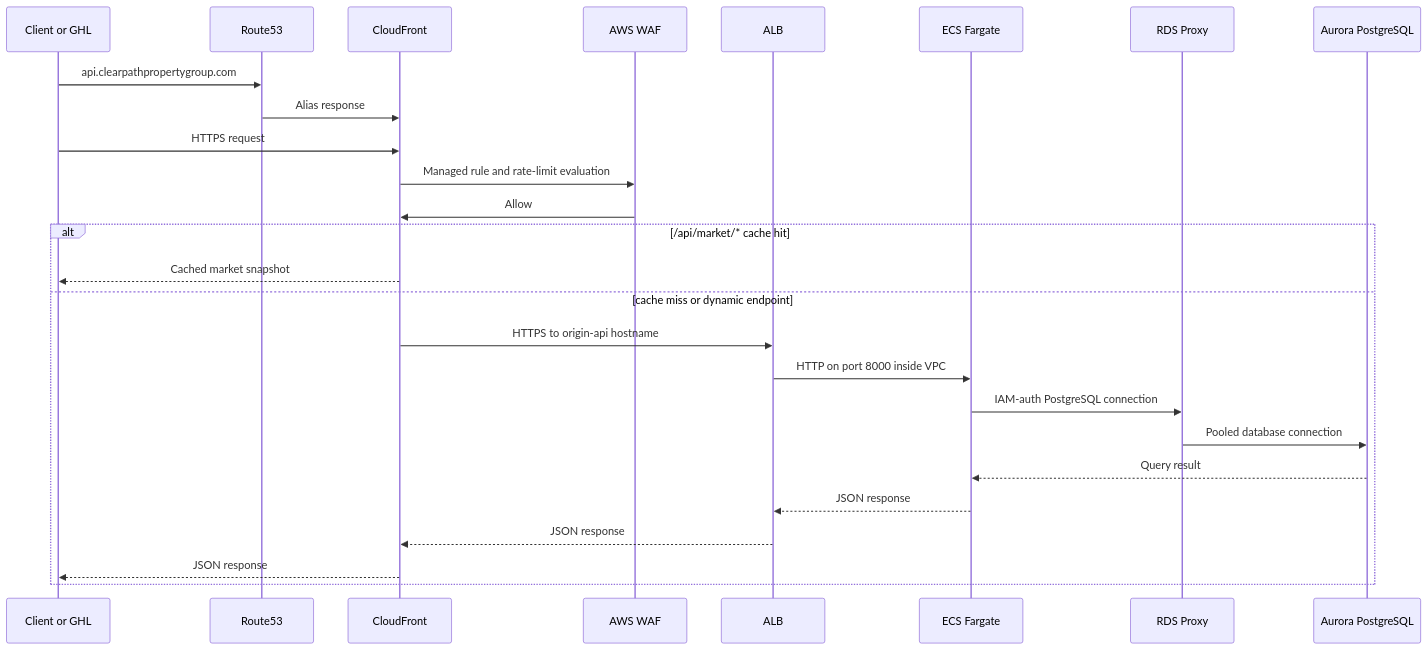
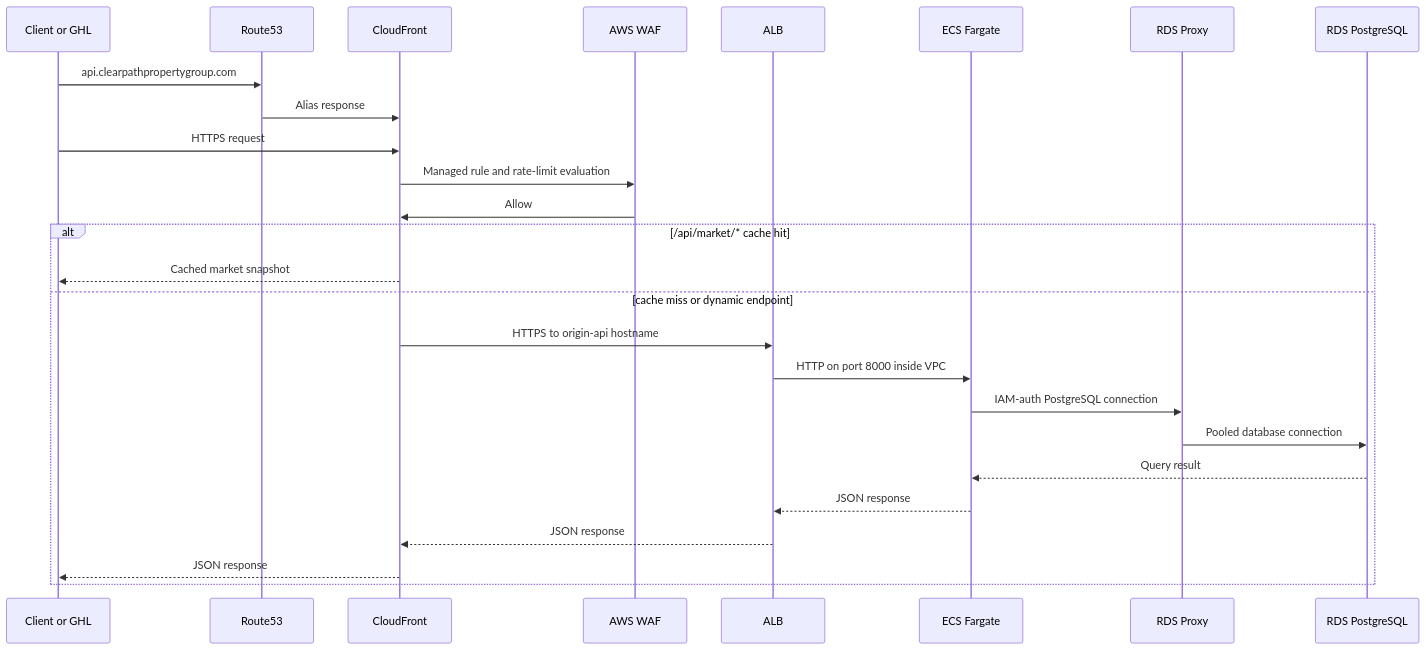
One commit to manynames3/clearpath-fargate-api changed the diagram in docs/architecture.md. Above: the diagram before and after it, drawn with Mermaid. The commit also changed other lines of this file and 20 other files, not shown here.

````diff
--- a/docs/architecture.md
+++ b/docs/architecture.md
@@ -5,29 +5,29 @@
 ```mermaid
 sequenceDiagram
     participant Client as Client or GHL
     participant R53 as Route53
     participant CF as CloudFront
     participant WAF as AWS WAF
     participant ALB as ALB
     participant ECS as ECS Fargate
     participant Proxy as RDS Proxy
-    participant DB as Aurora PostgreSQL
+    participant DB as RDS PostgreSQL
 
     Client->>R53: api.clearpathpropertygroup.com
     R53->>CF: Alias response
     Client->>CF: HTTPS request
     CF->>WAF: Managed rule and rate-limit evaluation
     WAF->>CF: Allow
     alt /api/market/* cache hit
         CF-->>Client: Cached market snapshot
     else cache miss or dynamic endpoint
         CF->>ALB: HTTPS to origin-api hostname
         ALB->>ECS: HTTP on port 8000 inside VPC
         ECS->>Proxy: IAM-auth PostgreSQL connection
         Proxy->>DB: Pooled database connection
         DB-->>ECS: Query result
         ECS-->>ALB: JSON response
         ALB-->>CF: JSON response
         CF-->>Client: JSON response
     end
 ```
````
